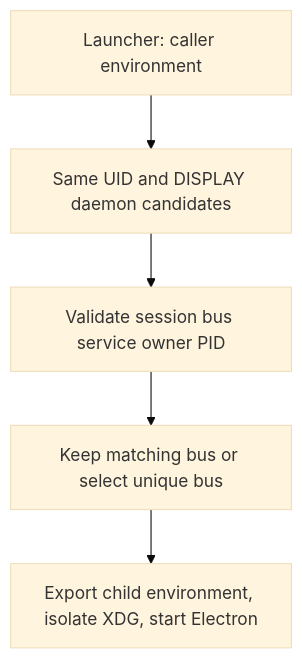
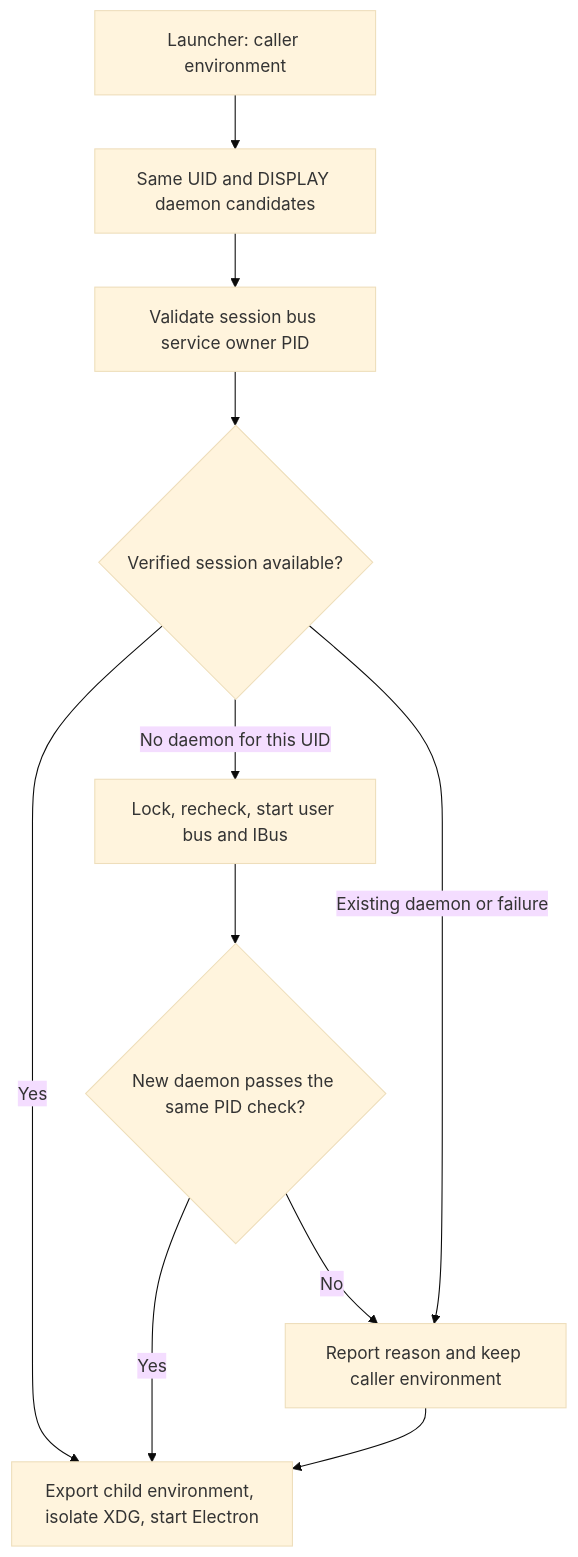
The diagram in docs/requirements/centos7-release.md (jchanghong023/OmpCode), drawn with Mermaid (base theme) before and after one commit. The commit also changed other lines of this file and 1 other file, not shown here.

Commit message:
fix: start missing user IBus session on CentOS 7

````diff
--- a/docs/requirements/centos7-release.md
+++ b/docs/requirements/centos7-release.md
@@ -48,7 +51,13 @@
 ```mermaid
 flowchart TD
     A[Launcher: caller environment] --> B[Same UID and DISPLAY daemon candidates]
     B --> C[Validate session bus service owner PID]
-    C --> D[Keep matching bus or select unique bus]
-    D --> E[Export child environment, isolate XDG, start Electron]
+    C --> D{Verified session available?}
+    D -->|Yes| E[Export child environment, isolate XDG, start Electron]
+    D -->|No daemon for this UID| F[Lock, recheck, start user bus and IBus]
+    F --> H{New daemon passes the same PID check?}
+    H -->|Yes| E
+    H -->|No| G
+    D -->|Existing daemon or failure| G[Report reason and keep caller environment]
+    G --> E
 ```
````
